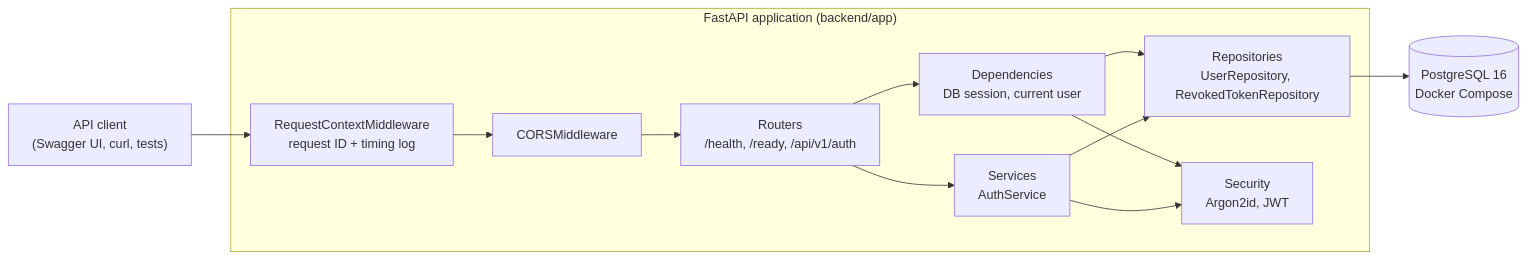
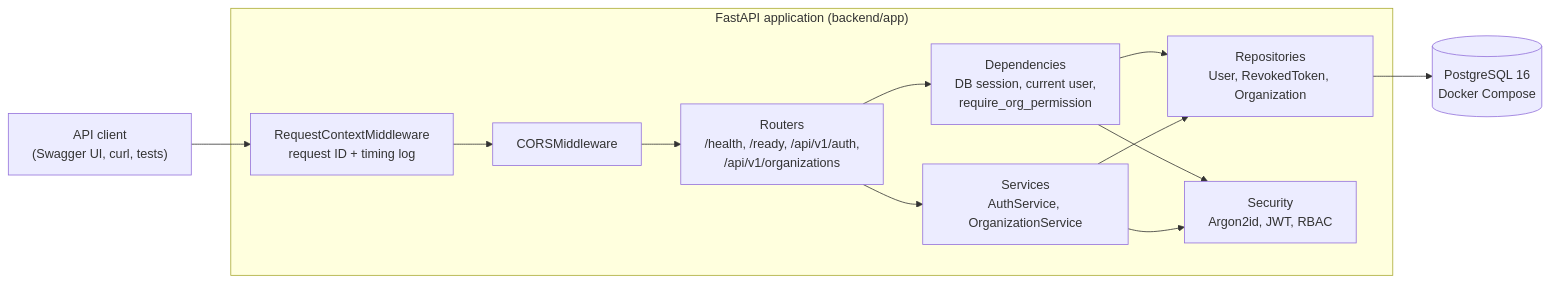
The first of 2 diagrams in docs/05-system-architecture.md (praneeth-srikurmadasu/syncforge), drawn with Mermaid before and after one commit. The commit also changed other lines of this file and 6 other files, not shown here.

Commit message:
docs: document authorization model, organizations API and ADR-0005

````diff
--- a/docs/05-system-architecture.md
+++ b/docs/05-system-architecture.md
@@ -8,23 +8,23 @@
 ```mermaid
 flowchart LR
     client["API client<br/>(Swagger UI, curl, tests)"]
     subgraph api["FastAPI application (backend/app)"]
         mw["RequestContextMiddleware<br/>request ID + timing log"]
         cors["CORSMiddleware"]
-        routes["Routers<br/>/health, /ready, /api/v1/auth"]
-        deps["Dependencies<br/>DB session, current user"]
-        svc["Services<br/>AuthService"]
-        repo["Repositories<br/>UserRepository, RevokedTokenRepository"]
-        sec["Security<br/>Argon2id, JWT"]
+        routes["Routers<br/>/health, /ready, /api/v1/auth,<br/>/api/v1/organizations"]
+        deps["Dependencies<br/>DB session, current user,<br/>require_org_permission"]
+        svc["Services<br/>AuthService, OrganizationService"]
+        repo["Repositories<br/>User, RevokedToken, Organization"]
+        sec["Security<br/>Argon2id, JWT, RBAC"]
     end
     db[("PostgreSQL 16<br/>Docker Compose")]
 
     client --> mw --> cors --> routes
     routes --> deps
     routes --> svc
     deps --> repo
     deps --> sec
     svc --> repo
     svc --> sec
     repo --> db
 ```
````
